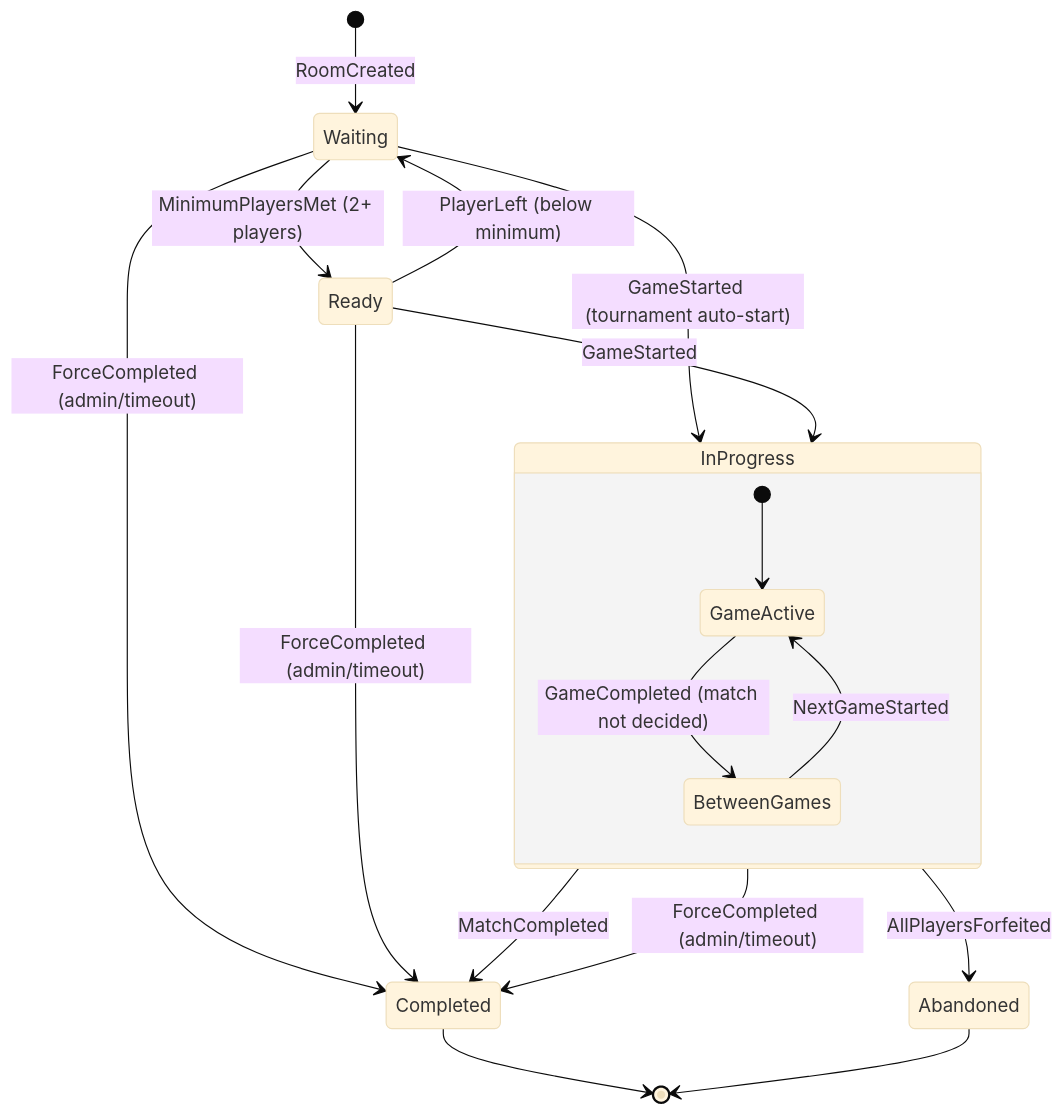
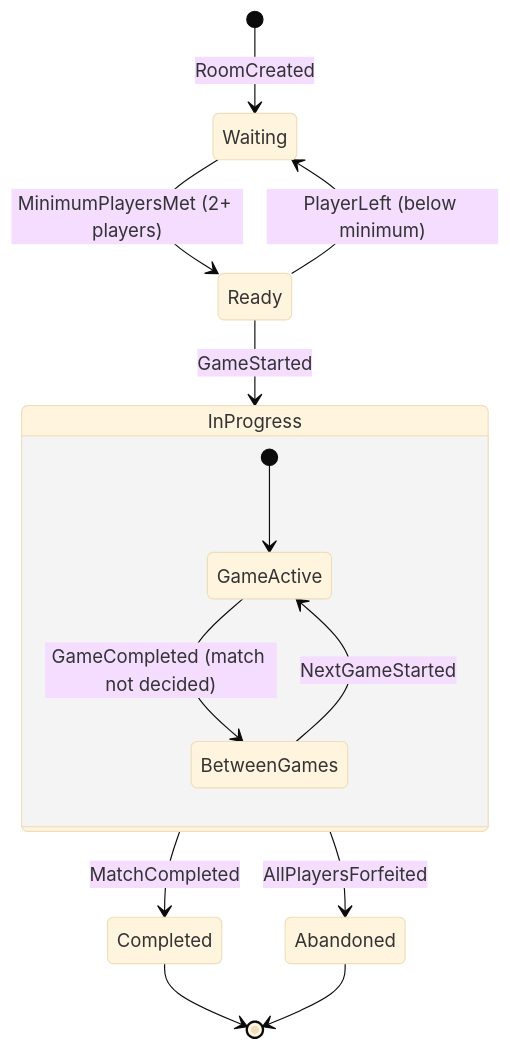
One commit to berni-245/UnoArena changed the diagram in spec/diagrams/room-lifecycle.md. Above: the diagram before and after it, drawn with Mermaid (base theme). The commit also changed 9 other files, not shown here.

````diff
--- a/spec/diagrams/room-lifecycle.md
+++ b/spec/diagrams/room-lifecycle.md
@@ -3,26 +3,22 @@
 ```mermaid
 stateDiagram-v2
     [*] --> Waiting : RoomCreated
 
     Waiting --> Ready : MinimumPlayersMet (2+ players)
-    Waiting --> InProgress : GameStarted (tournament auto-start)
+    %% Tournament rooms follow the same path: auto-join triggers MinimumPlayersMet → Ready, then auto-StartMatch → InProgress
 
     Ready --> Waiting : PlayerLeft (below minimum)
     Ready --> InProgress : GameStarted
 
     state InProgress {
         [*] --> GameActive
         GameActive --> BetweenGames : GameCompleted (match not decided)
         BetweenGames --> GameActive : NextGameStarted
     }
 
     InProgress --> Completed : MatchCompleted
     InProgress --> Abandoned : AllPlayersForfeited
 
-    Waiting --> Completed : ForceCompleted (admin/timeout)
-    Ready --> Completed : ForceCompleted (admin/timeout)
-    InProgress --> Completed : ForceCompleted (admin/timeout)
-
     Completed --> [*]
     Abandoned --> [*]
 ```
````
